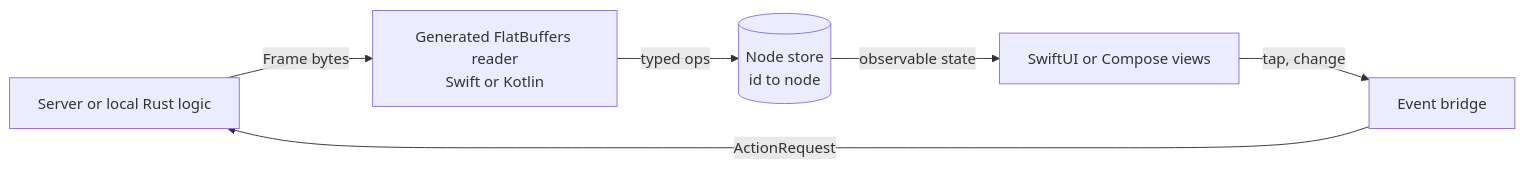
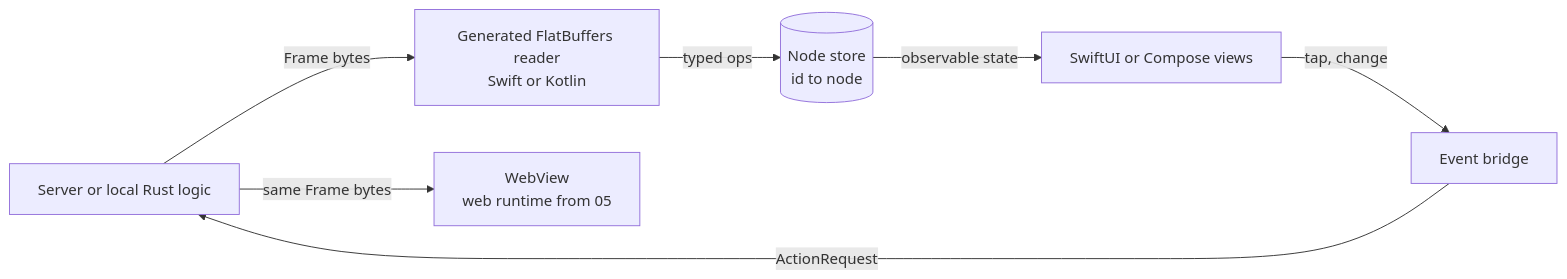
One commit to ewe-studios/ewe_platform changed the diagram in specifications/69-foundation-ui-v2/research/06-native-rendering.md. Above: the diagram before and after it, drawn with Mermaid. The commit also changed other lines of this file and 16 other files, not shown here.

````diff
--- a/specifications/69-foundation-ui-v2/research/06-native-rendering.md
+++ b/specifications/69-foundation-ui-v2/research/06-native-rendering.md
@@ -26,8 +31,9 @@
 ```mermaid
 flowchart LR
     S[Server or local Rust logic] -->|Frame bytes| R[Generated FlatBuffers reader<br/>Swift or Kotlin]
+    S -->|same Frame bytes| W[WebView<br/>web runtime from 05]
     R -->|typed ops| T[(Node store<br/>id to node)]
     T -->|observable state| V[SwiftUI or Compose views]
     V -->|tap, change| E[Event bridge]
     E -->|ActionRequest| S
 ```
````
